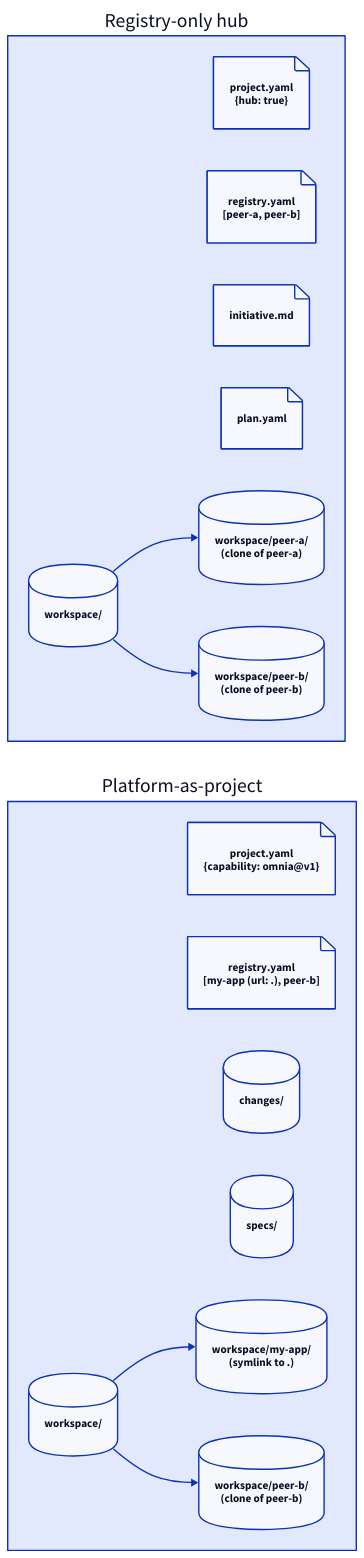
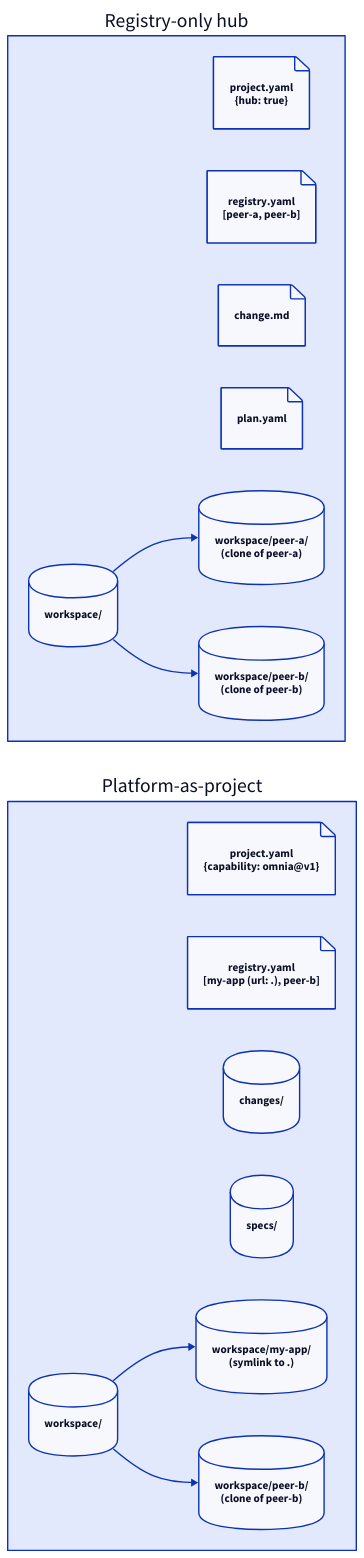
Before and after one commit to augentic/anvil: the diagram in docs/explanation/platform-repo.md, drawn with D2. The commit also changed other lines of this file and 301 other files, not shown here.

````diff
--- a/docs/explanation/platform-repo.md
+++ b/docs/explanation/platform-repo.md
@@ -7,29 +7,29 @@
 ```d2
 direction: right
 
 hub: "Registry-only hub" {
   shape: rectangle
   hubProj: "project.yaml\n{hub: true}" {shape: page}
   hubReg: "registry.yaml\n[peer-a, peer-b]" {shape: page}
-  hubInit: "initiative.md" {shape: page}
+  hubInit: "change.md" {shape: page}
   hubPlan: "plan.yaml" {shape: page}
   hubWs: "workspace/" {shape: cylinder}
   peerA: "workspace/peer-a/\n(clone of peer-a)" {shape: cylinder}
   peerB: "workspace/peer-b/\n(clone of peer-b)" {shape: cylinder}
   hubWs -> peerA
   hubWs -> peerB
 }
 
 pap: "Platform-as-project" {
   shape: rectangle
   papProj: "project.yaml\n{capability: omnia@v1}" {shape: page}
   papReg: "registry.yaml\n[my-app (url: .), peer-b]" {shape: page}
   papChanges: "changes/" {shape: cylinder}
   papSpecs: "specs/" {shape: cylinder}
   papWs: "workspace/" {shape: cylinder}
   papSelf: "workspace/my-app/\n(symlink to .)" {shape: cylinder}
   papPeer: "workspace/peer-b/\n(clone of peer-b)" {shape: cylinder}
   papWs -> papSelf
   papWs -> papPeer
 }
 ```
````
